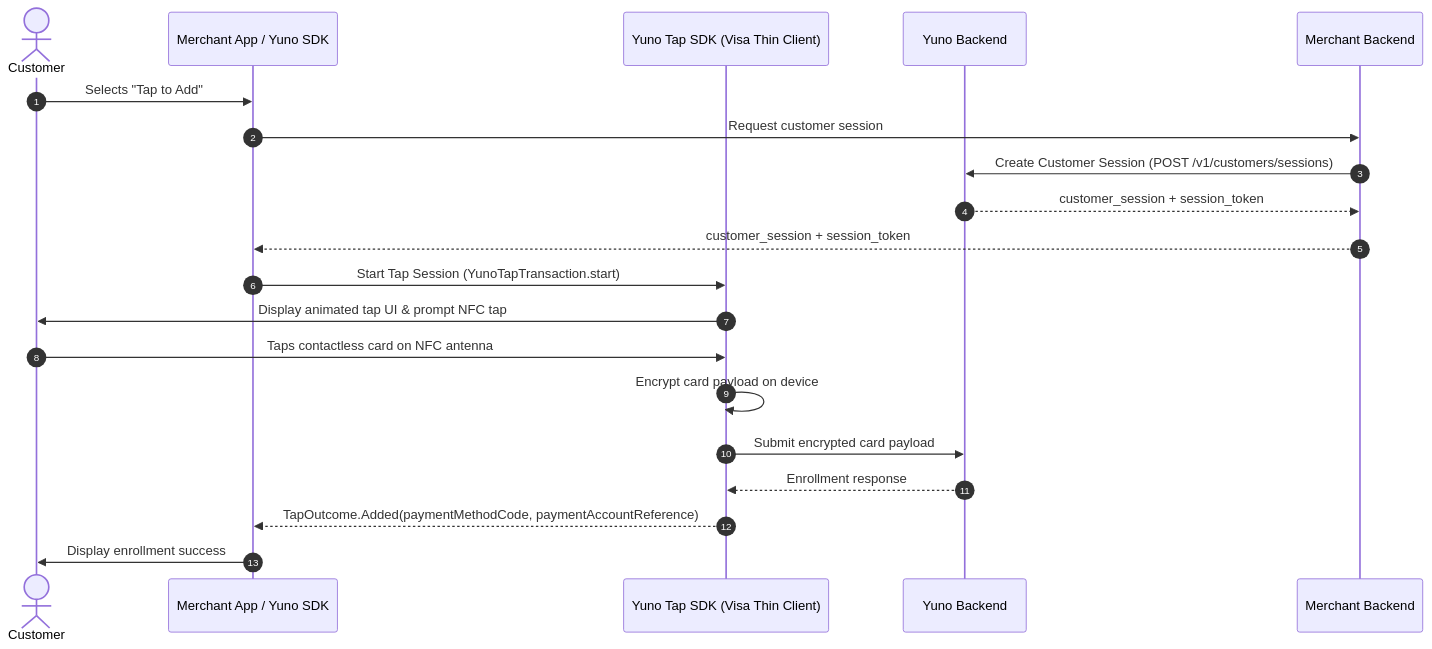
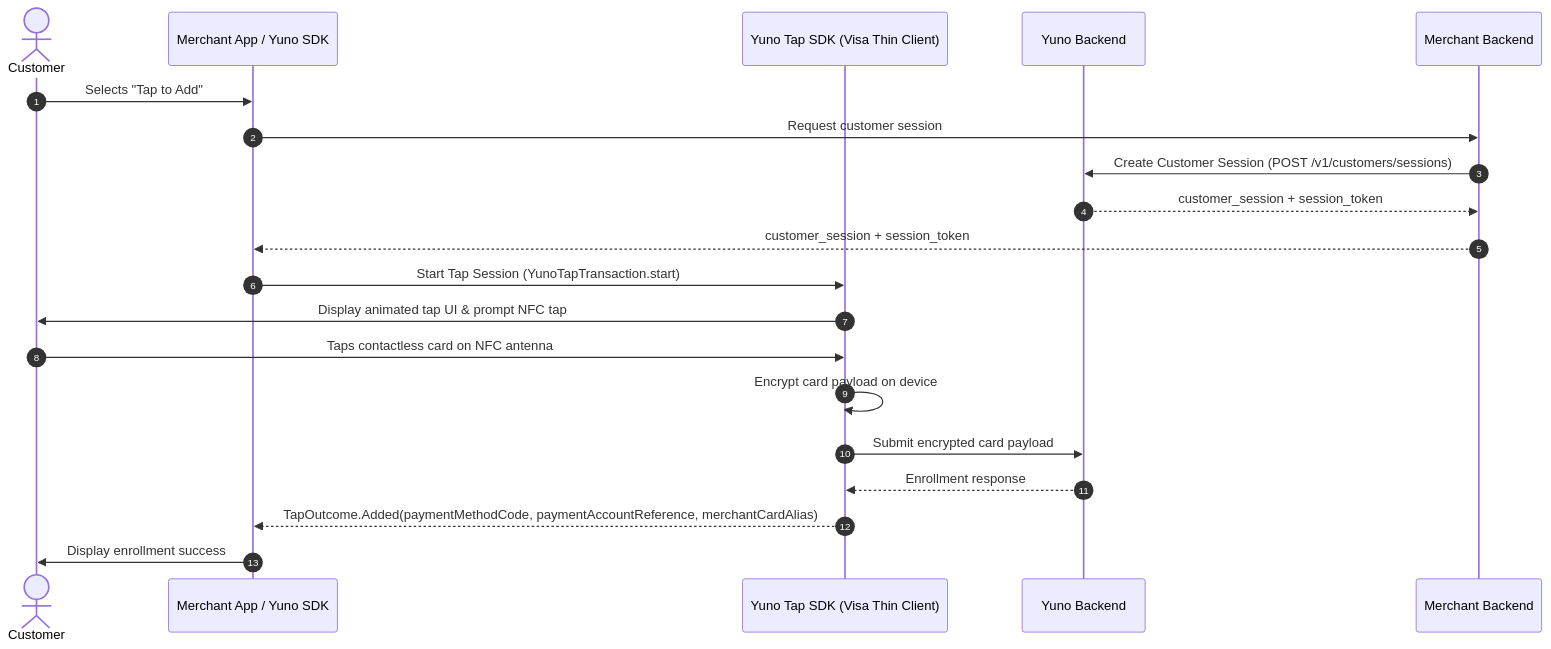
Before and after one commit to yuno-payments/yuno-docs: the diagram in docs/sdks/card-enrollment/visa-tap-to-add-android.mdx, drawn with Mermaid. The commit also changed other lines of this file, not shown here.

First line of the commit message:
docs(tap-to-add): document merchantCardAlias, last4 and issuerName on TapOutcome.Added (UMJ-068)

````diff
--- a/docs/sdks/card-enrollment/visa-tap-to-add-android.mdx
+++ b/docs/sdks/card-enrollment/visa-tap-to-add-android.mdx
@@ -22,23 +22,23 @@
 ```mermaid
 sequenceDiagram
     autonumber
     actor Customer
     participant MerchantApp as Merchant App / Yuno SDK
     participant TapSDK as Yuno Tap SDK (Visa Thin Client)
     participant Yuno as Yuno Backend
     participant MerchantServer as Merchant Backend
 
     Customer->>MerchantApp: Selects "Tap to Add"
     MerchantApp->>MerchantServer: Request customer session
     MerchantServer->>Yuno: Create Customer Session (POST /v1/customers/sessions)
     Yuno-->>MerchantServer: customer_session + session_token
     MerchantServer-->>MerchantApp: customer_session + session_token
     MerchantApp->>TapSDK: Start Tap Session (YunoTapTransaction.start)
     TapSDK->>Customer: Display animated tap UI & prompt NFC tap
     Customer->>TapSDK: Taps contactless card on NFC antenna
     TapSDK->>TapSDK: Encrypt card payload on device
     TapSDK->>Yuno: Submit encrypted card payload
     Yuno-->>TapSDK: Enrollment response
-    TapSDK-->>MerchantApp: TapOutcome.Added(paymentMethodCode, paymentAccountReference)
+    TapSDK-->>MerchantApp: TapOutcome.Added(paymentMethodCode, paymentAccountReference, merchantCardAlias)
     MerchantApp->>Customer: Display enrollment success
 ```
````
